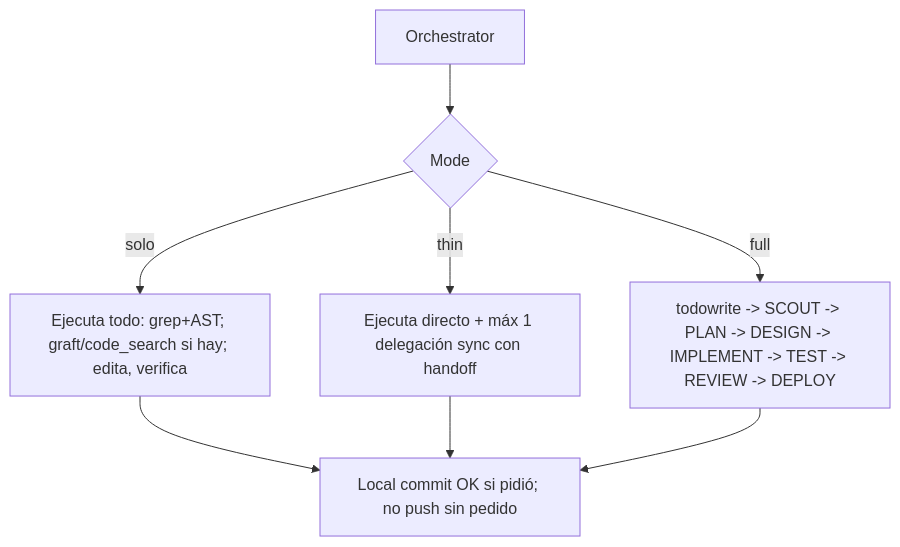
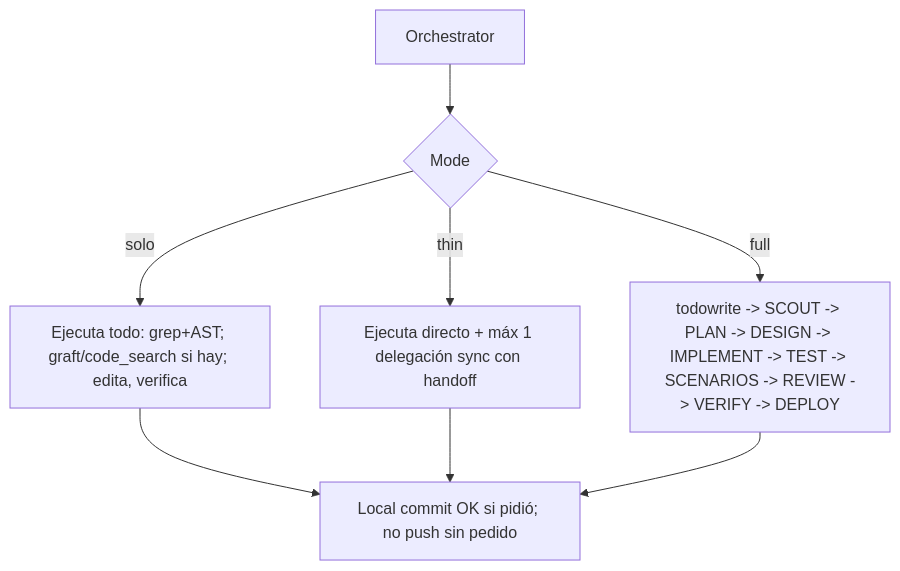
One commit to YoizenSA/dev-ai-workflow changed the third of 5 diagrams in docs/src/content/docs/agents/orchestrator.mdx. Above: the diagram before and after it, drawn with Mermaid. The commit also changed other lines of this file, not shown here.

````diff
--- a/docs/src/content/docs/agents/orchestrator.mdx
+++ b/docs/src/content/docs/agents/orchestrator.mdx
@@ -95,10 +95,10 @@
 ```mermaid
 flowchart TD
     O[Orchestrator] --> M{Mode}
     M -->|solo| A[Ejecuta todo: grep+AST; graft/code_search si hay; edita, verifica]
     M -->|thin| B[Ejecuta directo + máx 1 delegación sync con handoff]
-    M -->|full| C[todowrite -> SCOUT -> PLAN -> DESIGN -> IMPLEMENT -> TEST -> REVIEW -> DEPLOY]
+    M -->|full| C[todowrite -> SCOUT -> PLAN -> DESIGN -> IMPLEMENT -> TEST -> SCENARIOS -> REVIEW -> VERIFY -> DEPLOY]
     A --> D[Local commit OK si pidió; no push sin pedido]
     B --> D
     C --> D
 ```
````
